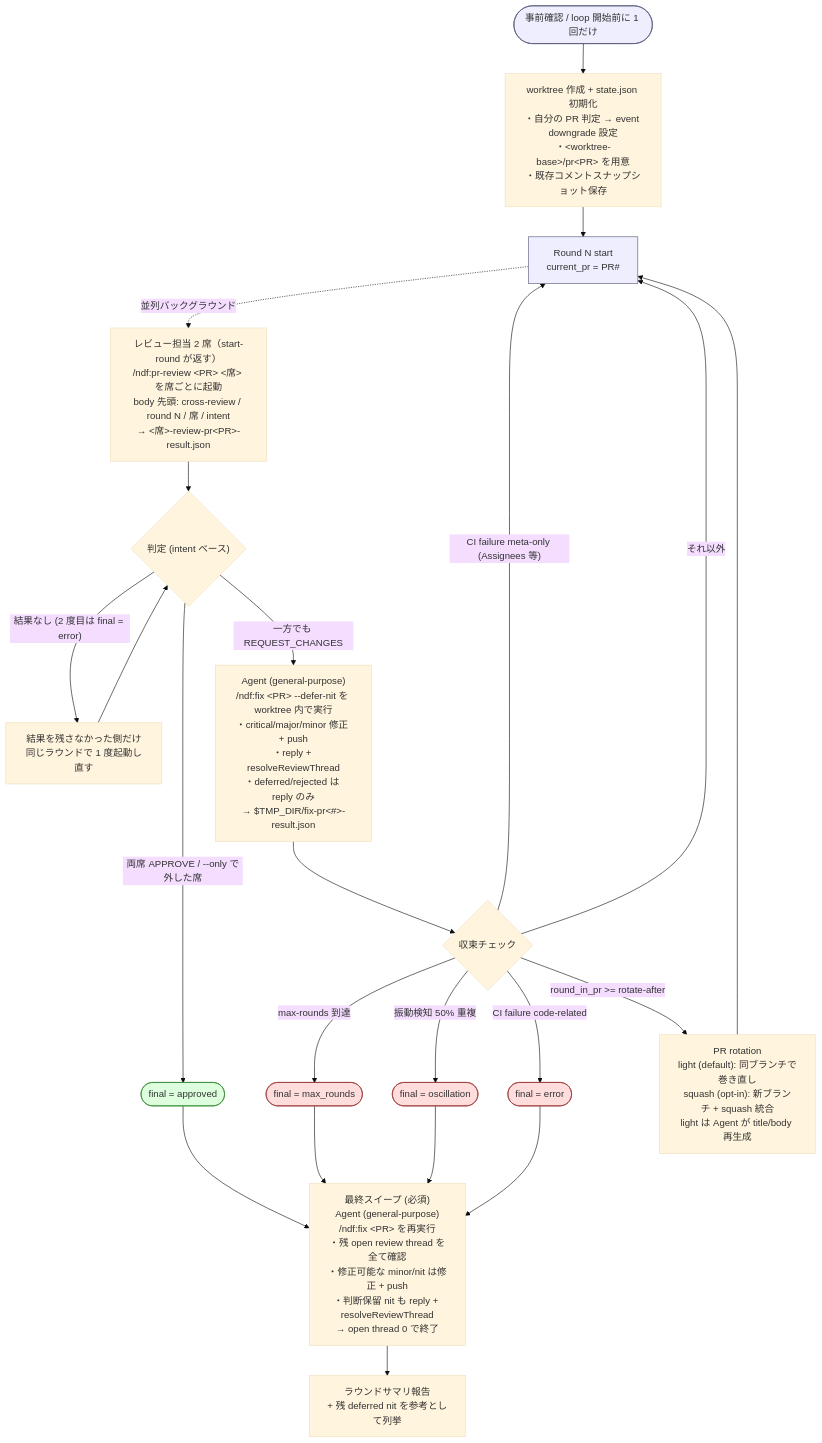
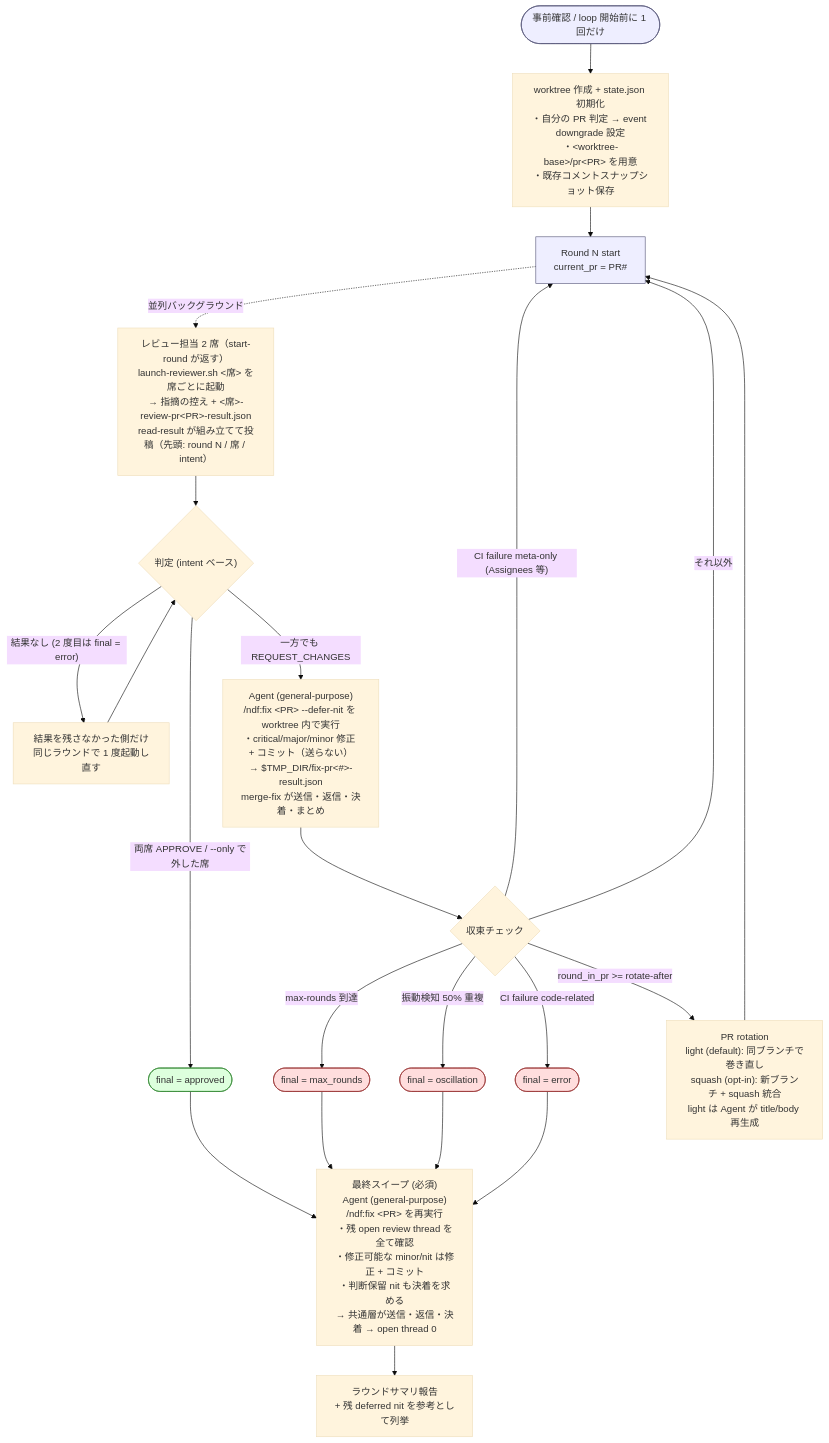
One commit to devbasex/ai-plugins changed the diagram in plugins/ndf/skills/cross-review/SKILL.md. Above: the diagram before and after it, drawn with Mermaid (base theme). The commit also changed other lines of this file and 8 other files, not shown here.

````diff
--- a/plugins/ndf/skills/cross-review/SKILL.md
+++ b/plugins/ndf/skills/cross-review/SKILL.md
@@ -163,32 +163,32 @@
 ```mermaid
 flowchart TD
     Start([事前確認 / loop 開始前に 1 回だけ]):::phase --> Init["worktree 作成 + state.json 初期化<br/>・自分の PR 判定 → event downgrade 設定<br/>・&lt;worktree-base&gt;/pr&lt;PR&gt; を用意<br/>・既存コメントスナップショット保存"]
     Init --> Round["Round N start<br/>current_pr = PR#"]:::phase
 
-    Round -.並列バックグラウンド.-> Seats["レビュー担当 2 席（start-round が返す）<br/>/ndf:pr-review &lt;PR&gt; &lt;席&gt; を席ごとに起動<br/>body 先頭: cross-review / round N / 席 / intent<br/>→ &lt;席&gt;-review-pr&lt;PR&gt;-result.json"]
+    Round -.並列バックグラウンド.-> Seats["レビュー担当 2 席（start-round が返す）<br/>launch-reviewer.sh &lt;席&gt; を席ごとに起動<br/>→ 指摘の控え + &lt;席&gt;-review-pr&lt;PR&gt;-result.json<br/>read-result が組み立てて投稿（先頭: round N / 席 / intent）"]
     Seats --> Decide{"判定 (intent ベース)"}
 
     Decide -->|"結果なし (2 度目は final = error)"| Relaunch["結果を残さなかった側だけ<br/>同じラウンドで 1 度起動し直す"]
     Relaunch --> Decide
     Decide -->|"両席 APPROVE / --only で外した席"| Approved([final = approved]):::ok
-    Decide -->|一方でも REQUEST_CHANGES| Fix["Agent (general-purpose)<br/>/ndf:fix &lt;PR&gt; --defer-nit を worktree 内で実行<br/>・critical/major/minor 修正 + push<br/>・reply + resolveReviewThread<br/>・deferred/rejected は reply のみ<br/>→ $TMP_DIR/fix-pr&lt;#&gt;-result.json"]
+    Decide -->|一方でも REQUEST_CHANGES| Fix["Agent (general-purpose)<br/>/ndf:fix &lt;PR&gt; --defer-nit を worktree 内で実行<br/>・critical/major/minor 修正 + コミット（送らない）<br/>→ $TMP_DIR/fix-pr&lt;#&gt;-result.json<br/>merge-fix が送信・返信・決着・まとめ"]
 
     Fix --> Check{収束チェック}
     Check -->|max-rounds 到達| MaxR([final = max_rounds]):::stop
     Check -->|振動検知 50% 重複| Osc([final = oscillation]):::stop
     Check -->|CI failure code-related| Err([final = error]):::stop
     Check -->|"CI failure meta-only (Assignees 等)"| Round
     Check -->|round_in_pr >= rotate-after| Rotate["PR rotation<br/>light (default): 同ブランチで巻き直し<br/>squash (opt-in): 新ブランチ + squash 統合<br/>light は Agent が title/body 再生成"]
     Check -->|それ以外| Round
     Rotate --> Round
 
-    Approved --> Sweep["最終スイープ (必須)<br/>Agent (general-purpose)<br/>/ndf:fix &lt;PR&gt; を再実行<br/>・残 open review thread を全て確認<br/>・修正可能な minor/nit は修正 + push<br/>・判断保留 nit も reply + resolveReviewThread<br/>→ open thread 0 で終了"]
+    Approved --> Sweep["最終スイープ (必須)<br/>Agent (general-purpose)<br/>/ndf:fix &lt;PR&gt; を再実行<br/>・残 open review thread を全て確認<br/>・修正可能な minor/nit は修正 + コミット<br/>・判断保留 nit も決着を求める<br/>→ 共通層が送信・返信・決着 → open thread 0"]
     MaxR --> Sweep
     Osc --> Sweep
     Err --> Sweep
     Sweep --> Report[ラウンドサマリ報告<br/>+ 残 deferred nit を参考として列挙]
 
     classDef phase fill:#eef,stroke:#557
     classDef ok fill:#dfd,stroke:#383
     classDef stop fill:#fdd,stroke:#933
 ```
````
